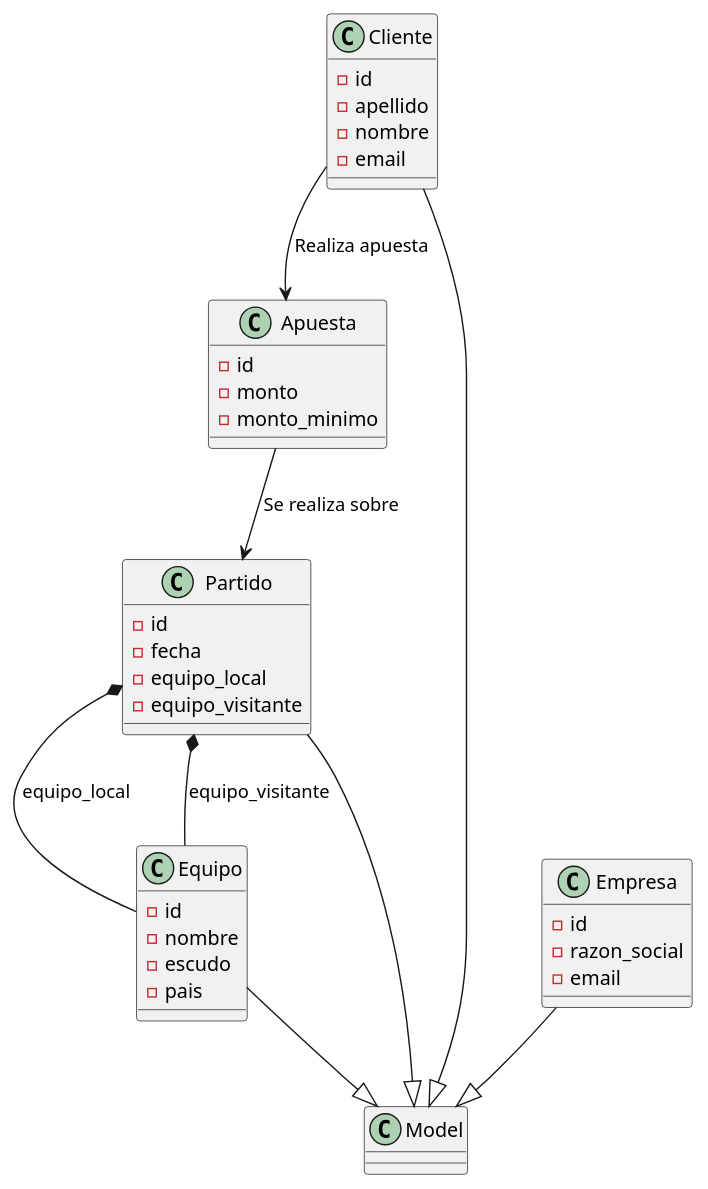
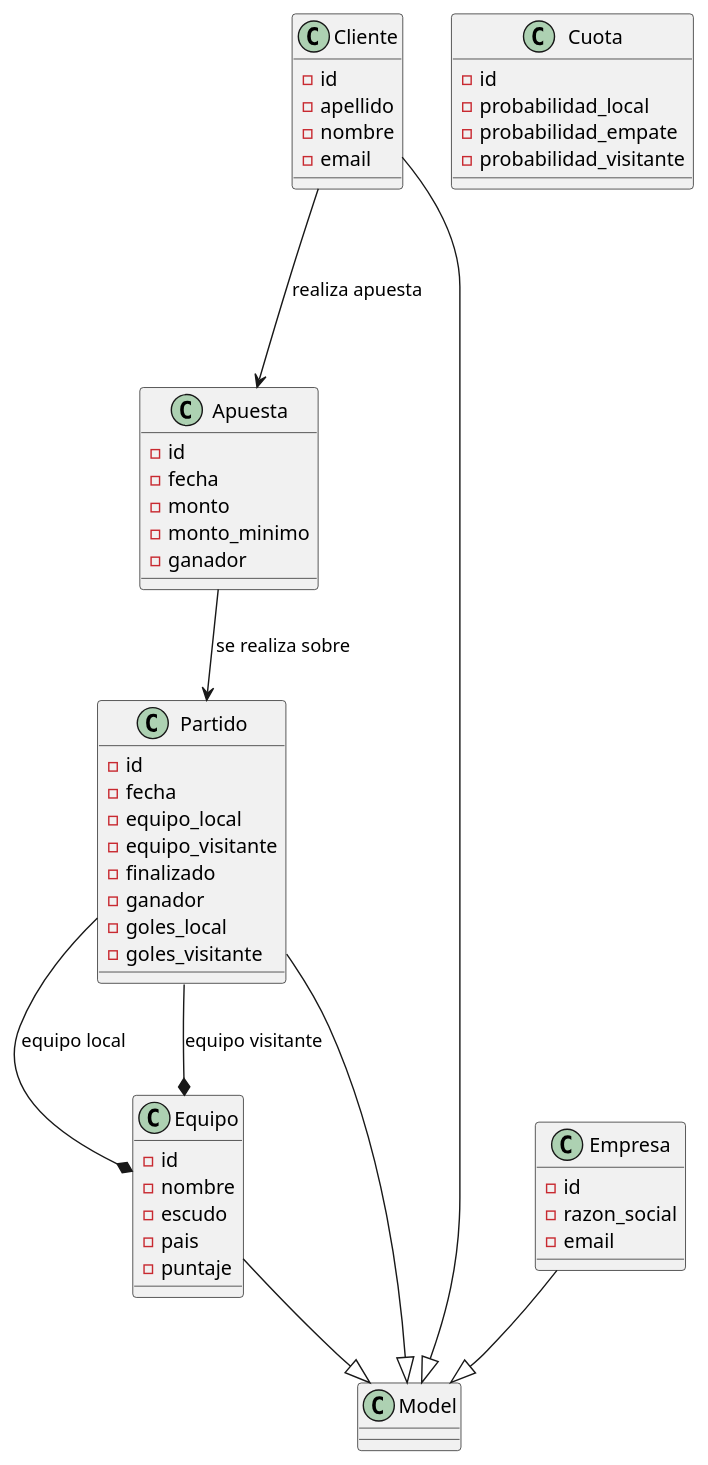
The diagram in docs/diagrama_de_clases.puml (DelfinaQuinteros/Bookmaker-DS), drawn with PlantUML before and after one commit. The commit also changed 42 other files, not shown here.

```diff
--- a/docs/diagrama_de_clases.puml
+++ b/docs/diagrama_de_clases.puml
@@ -1,47 +1,60 @@
 @startuml:
 class Cliente {
     - id
     - apellido
     - nombre 
     - email
 }
 
 class Empresa {
     - id
     - razon_social
     - email
 }
 
 class Equipo {
     - id
     - nombre
     - escudo
     - pais
+    - puntaje
 }
 
 
 class Apuesta {
     - id
+    - fecha
     - monto 
     - monto_minimo
+    - ganador
+}
+
+class Cuota {
+    - id
+    - probabilidad_local
+    - probabilidad_empate
+    - probabilidad_visitante
 }
 
 class Partido {
     - id
     - fecha
     - equipo_local
     - equipo_visitante
-    
+    - finalizado
+    - ganador
+    - goles_local
+    - goles_visitante
 }
 
-Partido *-- Equipo: equipo_local
-Partido *-- Equipo: equipo_visitante
-Cliente --> Apuesta: Realiza apuesta
+Partido --* Equipo: equipo local
+Partido --* Equipo: equipo visitante
+
+Cliente ---> Apuesta: realiza apuesta
 Cliente --|> Model
 Empresa --|> Model
 Equipo --|> Model
 Partido --|> Model
-Apuesta --> Partido: Se realiza sobre
 
-
+Apuesta --> Partido: se realiza sobre
 @enduml
```
